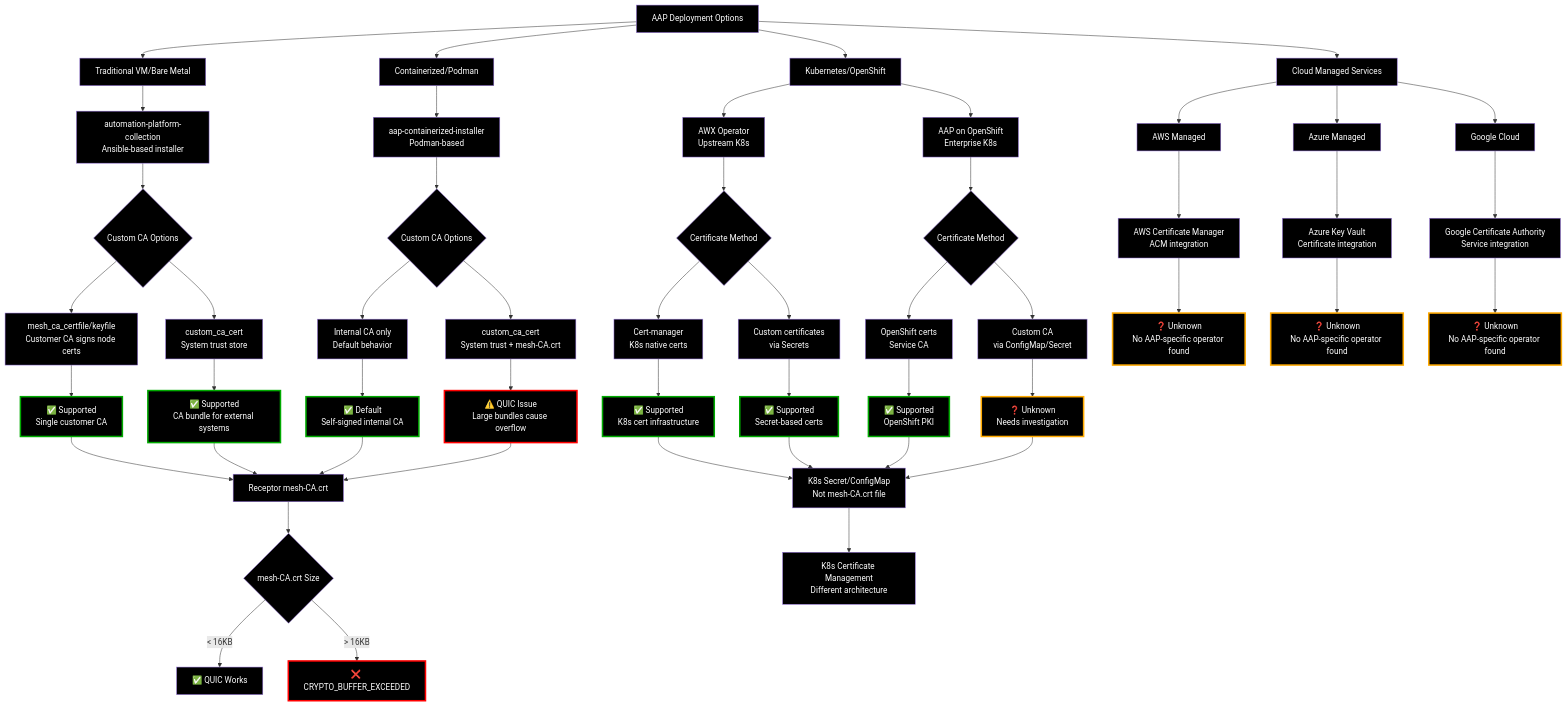
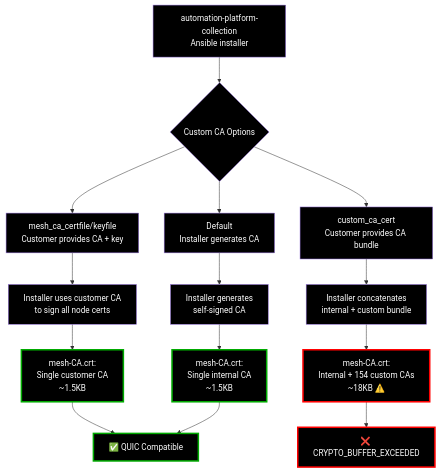
One commit to arrestle/quic-analysis changed the second of 4 diagrams in deployment-types-ca-support.md. Above: the diagram before and after it, drawn with Mermaid. The commit also changed other lines of this file and 1 other file, not shown here.

````diff
--- a/deployment-types-ca-support.md
+++ b/deployment-types-ca-support.md
@@ -5,79 +62,28 @@
 ```mermaid
 graph TD
-    A[AAP Deployment Options] --> B[Traditional VM/Bare Metal]
-    A --> C[Containerized/Podman]
-    A --> D[Kubernetes/OpenShift]
-    A --> E[Cloud Managed Services]
+    A[automation-platform-collection<br/>Ansible installer] --> B{Custom CA Options}
     
-    %% Traditional VM/Bare Metal
-    B --> B1[automation-platform-collection<br/>Ansible-based installer]
-    B1 --> B2{Custom CA Options}
-    B2 --> B2A[mesh_ca_certfile/keyfile<br/>Customer CA signs node certs]
-    B2 --> B2B[custom_ca_cert<br/>System trust store]
-    B2A --> B3[✅ Supported<br/>Single customer CA]
-    B2B --> B4[✅ Supported<br/>CA bundle for external systems]
+    B --> B1[mesh_ca_certfile/keyfile<br/>Customer provides CA + key]
+    B --> B2[custom_ca_cert<br/>Customer provides CA bundle]
+    B --> B3[Default<br/>Installer generates CA]
     
-    %% Containerized
-    C --> C1[aap-containerized-installer<br/>Podman-based]
-    C1 --> C2{Custom CA Options}
-    C2 --> C2A[Internal CA only<br/>Default behavior]
-    C2 --> C2B[custom_ca_cert<br/>System trust + mesh-CA.crt]
-    C2A --> C3[✅ Default<br/>Self-signed internal CA]
-    C2B --> C4[⚠️ QUIC Issue<br/>Large bundles cause overflow]
+    B1 --> C1[Installer uses customer CA<br/>to sign all node certs]
+    C1 --> D1[mesh-CA.crt:<br/>Single customer CA<br/>~1.5KB]
     
-    %% Kubernetes/OpenShift
-    D --> D1[AWX Operator<br/>Upstream K8s]
-    D --> D2[AAP on OpenShift<br/>Enterprise K8s]
+    B2 --> C2[Installer concatenates<br/>internal + custom bundle]
+    C2 --> D2[mesh-CA.crt:<br/>Internal + 154 custom CAs<br/>~18KB ⚠️]
     
-    D1 --> D1A{Certificate Method}
-    D1A --> D1A1[Cert-manager<br/>K8s native certs]
-    D1A --> D1A2[Custom certificates<br/>via Secrets]
-    D1A1 --> D1B[✅ Supported<br/>K8s cert infrastructure]
-    D1A2 --> D1C[✅ Supported<br/>Secret-based certs]
+    B3 --> C3[Installer generates<br/>self-signed CA]
+    C3 --> D3[mesh-CA.crt:<br/>Single internal CA<br/>~1.5KB]
     
-    D2 --> D2A{Certificate Method}
-    D2A --> D2A1[OpenShift certs<br/>Service CA]
-    D2A --> D2A2[Custom CA<br/>via ConfigMap/Secret]
-    D2A1 --> D2B[✅ Supported<br/>OpenShift PKI]
-    D2A2 --> D2C[❓ Unknown<br/>Needs investigation]
+    D1 --> E[✅ QUIC Compatible]
+    D2 --> F[❌ CRYPTO_BUFFER_EXCEEDED]
+    D3 --> E
     
-    %% Cloud Services
-    E --> E1[AWS Managed]
-    E --> E2[Azure Managed]
-    E --> E3[Google Cloud]
-    
-    E1 --> E1A[AWS Certificate Manager<br/>ACM integration]
-    E1A --> E1B[❓ Unknown<br/>No AAP-specific operator found]
-    
-    E2 --> E2A[Azure Key Vault<br/>Certificate integration]
-    E2A --> E2B[❓ Unknown<br/>No AAP-specific operator found]
-    
-    E3 --> E3A[Google Certificate Authority<br/>Service integration]
-    E3A --> E3B[❓ Unknown<br/>No AAP-specific operator found]
-    
-    %% Receptor Mesh Impact
-    B3 --> F[Receptor mesh-CA.crt]
-    B4 --> F
-    C3 --> F
-    C4 --> F
-    D1B --> G[K8s Secret/ConfigMap<br/>Not mesh-CA.crt file]
-    D1C --> G
-    D2B --> G
-    D2C --> G
-    
-    F --> F1{mesh-CA.crt Size}
-    F1 -->|< 16KB| F2[✅ QUIC Works]
-    F1 -->|> 16KB| F3[❌ CRYPTO_BUFFER_EXCEEDED]
-    
-    G --> G1[K8s Certificate Management<br/>Different architecture]
-    
-    %% Styling
-    classDef supported fill:#000000,stroke:#00aa00,stroke-width:3px,color:#ffffff
     classDef problem fill:#000000,stroke:#ff0000,stroke-width:3px,color:#ffffff
-    classDef unknown fill:#000000,stroke:#ffaa00,stroke-width:3px,color:#ffffff
+    classDef safe fill:#000000,stroke:#00aa00,stroke-width:3px,color:#ffffff
     classDef default fill:#000000,color:#ffffff
     
-    class B3,B4,C3,D1B,D1C,D2B supported
-    class C4,F3 problem
-    class D2C,E1B,E2B,E3B unknown
+    class D2,F problem
+    class D1,D3,E safe
 ```
````
